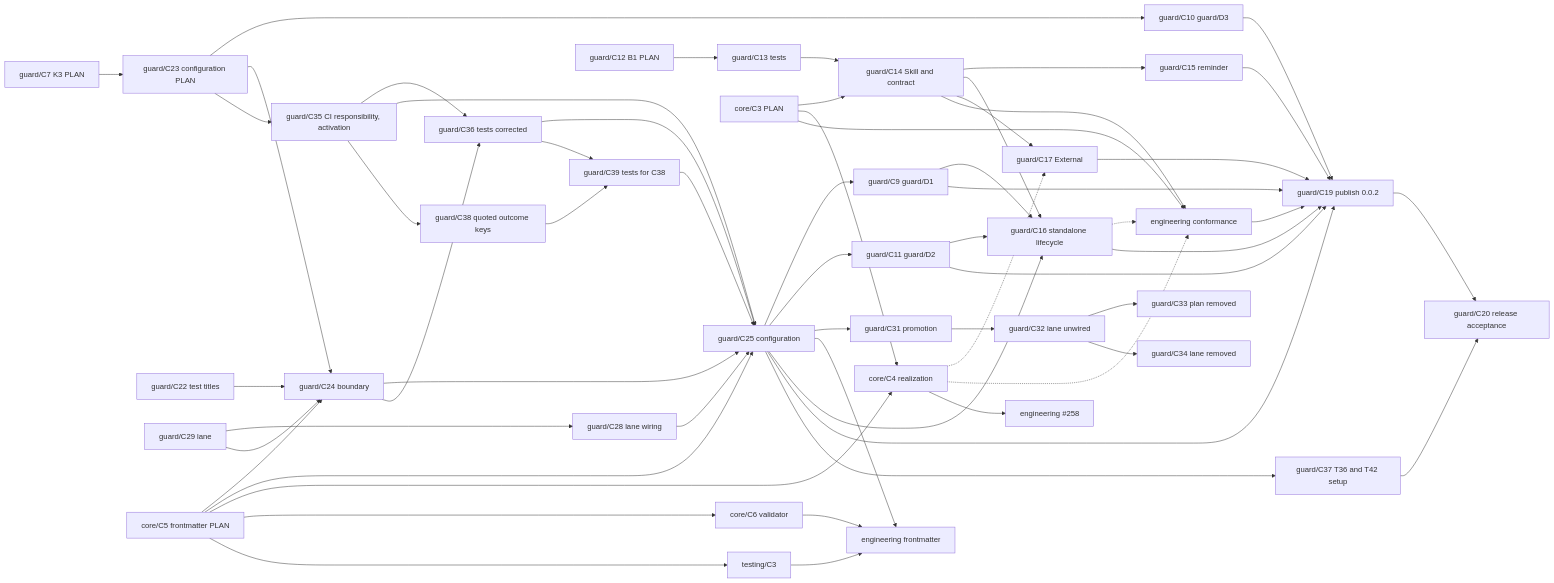
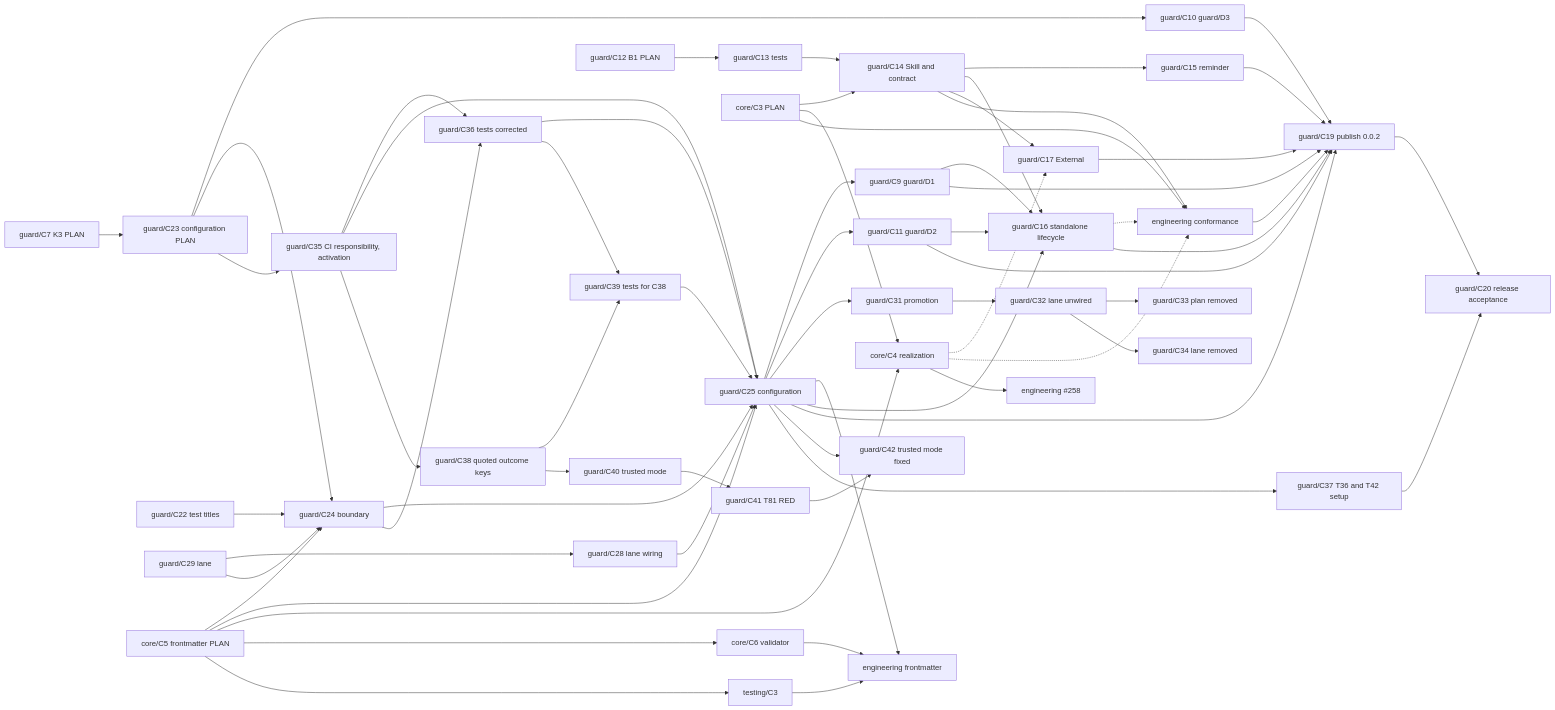
One commit to Kai-Hacks-AI/KAAL changed the diagram in engineering/guard/change.md. Above: the diagram before and after it, drawn with Mermaid. The commit also changed other lines of this file and 2 other files, not shown here.

First line of the commit message:
guard/C40: a trusted checker keeps its executable mode (PLAN) (#367)

````diff
--- a/engineering/guard/change.md
+++ b/engineering/guard/change.md
@@ -230,61 +235,65 @@
 ```mermaid
 graph LR
   C7[guard/C7 K3 PLAN] --> C23[guard/C23 configuration PLAN]
   C25 --> C9[guard/C9 guard/D1]
   C23 --> C10[guard/C10 guard/D3]
   C25 --> C11[guard/C11 guard/D2]
   C22[guard/C22 test titles] --> C24[guard/C24 boundary]
   C23 --> C24
   C29[guard/C29 lane] --> C28[guard/C28 lane wiring]
   C29 --> C24
   C28 --> C25
   C24 --> C25[guard/C25 configuration]
   C23 --> C35[guard/C35 CI responsibility, activation]
   C35 --> C36[guard/C36 tests corrected]
   C24 --> C36
   C35 --> C25
   C36 --> C25
   C25 --> C31[guard/C31 promotion]
   C31 --> C32[guard/C32 lane unwired]
   C32 --> C33[guard/C33 plan removed]
   C32 --> C34[guard/C34 lane removed]
   FM5 --> C24
   FM5 --> C25
   C25 --> FE
   C12[guard/C12 B1 PLAN] --> C13[guard/C13 tests]
   C13 --> C14[guard/C14 Skill and contract]
   CP[core/C3 PLAN] --> C14
   C14 --> C15[guard/C15 reminder]
   C14 --> C16[guard/C16 standalone lifecycle]
   C25 --> C16
   C9 --> C16
   C11 --> C16
   C14 --> C17[guard/C17 External]
   CP --> CR[core/C4 realization]
   FM5[core/C5 frontmatter PLAN] --> CR
   FM5 --> FM6[core/C6 validator]
   FM5 --> TT[testing/C3]
   FM6 --> FE[engineering frontmatter]
   TT --> FE
   CR -.-> C17
   C14 --> EC[engineering conformance]
   CP --> EC
   C16 -.-> EC
   CR -.-> EC
   CR --> EA[engineering #258]
   C9 --> C19[guard/C19 publish 0.0.2]
   C10 --> C19
   C11 --> C19
   C15 --> C19
   C16 --> C19
   C25 --> C19
   C17 --> C19
   EC --> C19
   C35 --> C38[guard/C38 quoted outcome keys]
   C38 --> C39[guard/C39 tests for C38]
   C36 --> C39
   C39 --> C25
+  C38 --> C40[guard/C40 trusted mode]
+  C40 --> C41[guard/C41 T81 RED]
+  C41 --> C42[guard/C42 trusted mode fixed]
+  C25 --> C42
   C25 --> C37[guard/C37 T36 and T42 setup]
   C37 --> C20[guard/C20 release acceptance]
   C19 --> C20
 ```
````
